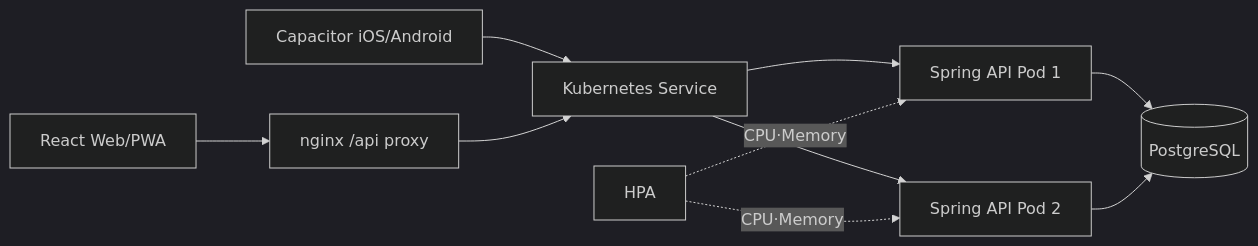
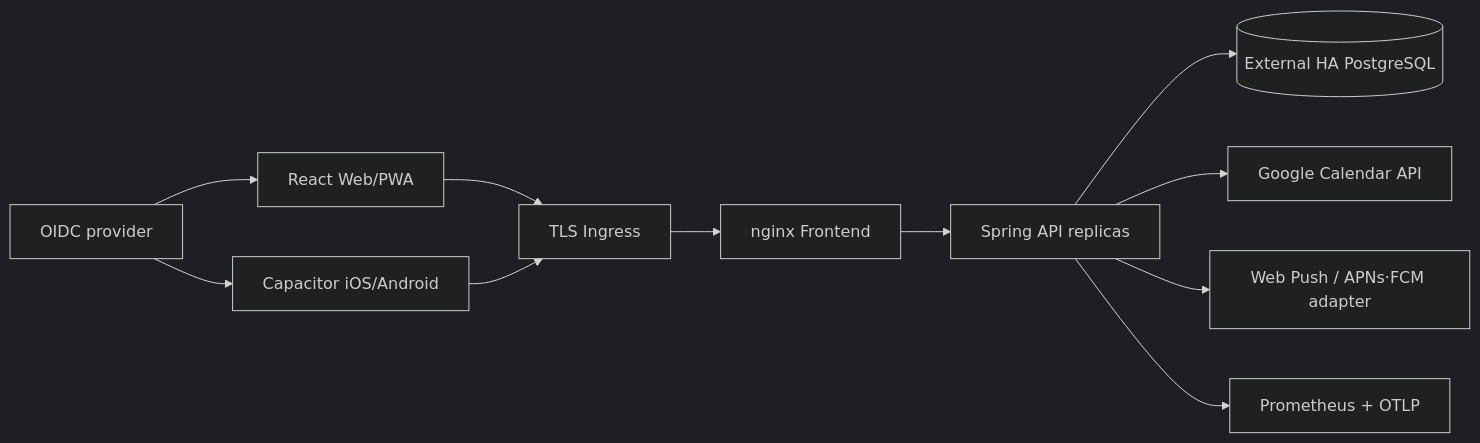
The second of 2 diagrams in README.md (jieseob1/planner), drawn with Mermaid (dark theme) before and after one commit. The commit also changed other lines of this file and 171 other files, not shown here.

````diff
--- a/README.md
+++ b/README.md
@@ -65,12 +59,13 @@
 ```mermaid
 flowchart LR
-  W[React Web/PWA] --> N[nginx /api proxy]
-  M[Capacitor iOS/Android] --> S[Kubernetes Service]
-  N --> S
-  S --> A1[Spring API Pod 1]
-  S --> A2[Spring API Pod 2]
-  A1 --> P[(PostgreSQL)]
-  A2 --> P
-  H[HPA] -. CPU·Memory .-> A1
-  H -. CPU·Memory .-> A2
+  W[React Web/PWA] --> I[TLS Ingress]
+  M[Capacitor iOS/Android] --> I
+  I --> F[nginx Frontend]
+  F --> A[Spring API replicas]
+  A --> P[(External HA PostgreSQL)]
+  A --> G[Google Calendar API]
+  A --> U[Web Push / APNs·FCM adapter]
+  O[OIDC provider] --> W
+  O --> M
+  A --> T[Prometheus + OTLP]
 ```
````
